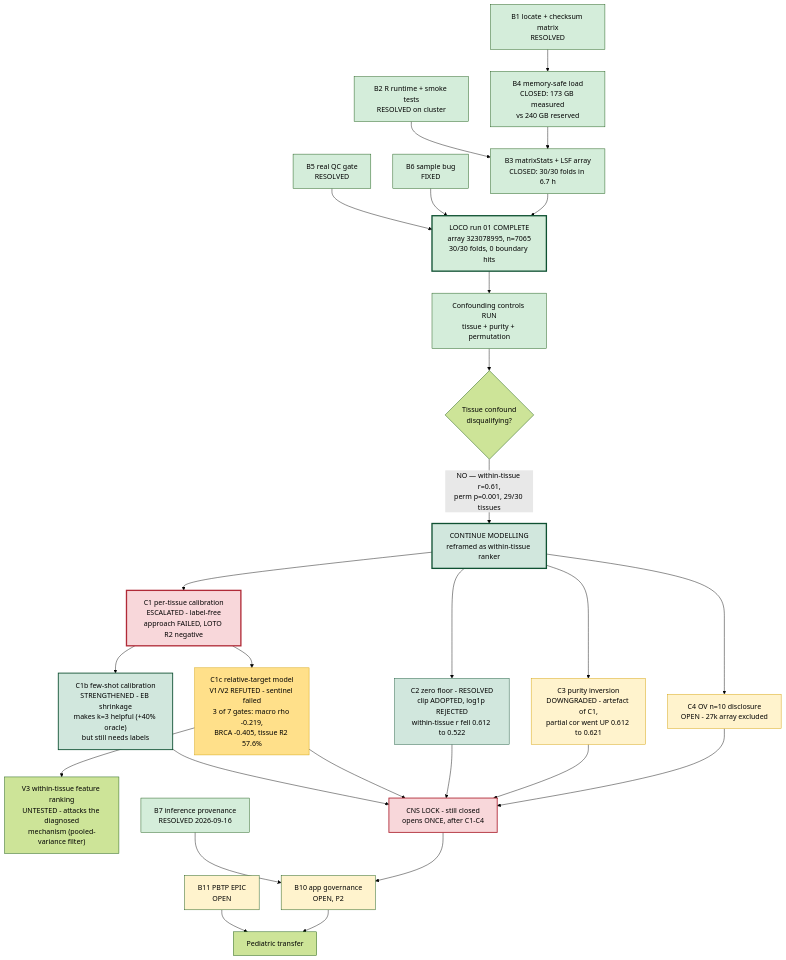
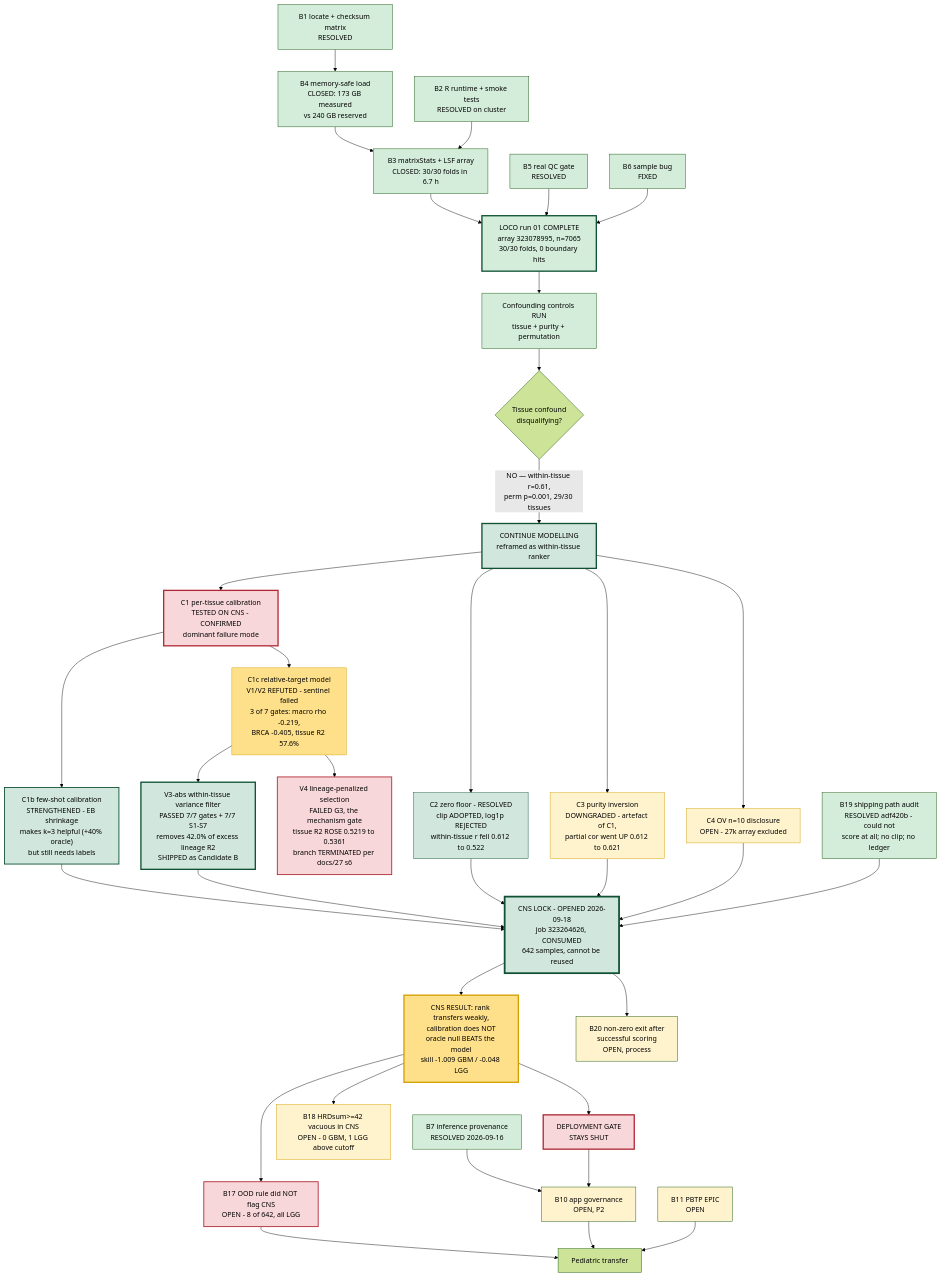
One commit to stjude-biohackathon/KIDS26-Team12 changed the diagram in docs/21_BLOCKER_RESOLUTION_PLAN.md. Above: the diagram before and after it, drawn with Mermaid (forest theme). The commit also changed other lines of this file and 1 other file, not shown here.

````diff
--- a/docs/21_BLOCKER_RESOLUTION_PLAN.md
+++ b/docs/21_BLOCKER_RESOLUTION_PLAN.md
@@ -640,53 +863,71 @@
 ```mermaid
 graph TD
     B1["B1 locate + checksum matrix<br/>RESOLVED"] --> B4["B4 memory-safe load<br/>CLOSED: 173 GB measured<br/>vs 240 GB reserved"]
     B2["B2 R runtime + smoke tests<br/>RESOLVED on cluster"] --> B3["B3 matrixStats + LSF array<br/>CLOSED: 30/30 folds in 6.7 h"]
     B4 --> B3
     B5["B5 real QC gate<br/>RESOLVED"] --> FIT
     B6["B6 sample bug<br/>FIXED"] --> FIT
     B3 --> FIT["LOCO run 01 COMPLETE<br/>array 323078995, n=7065<br/>30/30 folds, 0 boundary hits"]
     FIT --> CONF["Confounding controls RUN<br/>tissue + purity + permutation"]
     CONF --> VERDICT{"Tissue confound<br/>disqualifying?"}
     VERDICT -->|"NO — within-tissue r=0.61,<br/>perm p=0.001, 29/30 tissues"| CONTINUE["CONTINUE MODELLING<br/>reframed as within-tissue ranker"]
 
-    CONTINUE --> C1["C1 per-tissue calibration<br/>ESCALATED - label-free<br/>approach FAILED, LOTO R2 negative"]
+    CONTINUE --> C1["C1 per-tissue calibration<br/>TESTED ON CNS - CONFIRMED<br/>dominant failure mode"]
     CONTINUE --> C2["C2 zero floor - RESOLVED<br/>clip ADOPTED, log1p REJECTED<br/>within-tissue r fell 0.612 to 0.522"]
     CONTINUE --> C3["C3 purity inversion<br/>DOWNGRADED - artefact of C1,<br/>partial cor went UP 0.612 to 0.621"]
     CONTINUE --> C4["C4 OV n=10 disclosure<br/>OPEN - 27k array excluded"]
 
     C1 --> C1B["C1b few-shot calibration<br/>STRENGTHENED - EB shrinkage<br/>makes k=3 helpful (+40% oracle)<br/>but still needs labels"]
     C1 --> C1R["C1c relative-target model<br/>V1/V2 REFUTED - sentinel failed<br/>3 of 7 gates: macro rho -0.219,<br/>BRCA -0.405, tissue R2 57.6%"]
-    C1R --> V3["V3 within-tissue feature ranking<br/>UNTESTED - attacks the diagnosed<br/>mechanism (pooled-variance filter)"]
+    C1R --> V3["V3-abs within-tissue variance filter<br/>PASSED 7/7 gates + 7/7 S1-S7<br/>removes 42.0% of excess lineage R2<br/>SHIPPED as Candidate B"]
+    C1R --> V4["V4 lineage-penalized selection<br/>FAILED G3, the mechanism gate<br/>tissue R2 ROSE 0.5219 to 0.5361<br/>branch TERMINATED per docs/27 s6"]
 
+    V3 --> LOCK
     C1B --> LOCK
-    C1R --> LOCK
     C2 --> LOCK
     C3 --> LOCK
     C4 --> LOCK
-    LOCK["CNS LOCK - still closed<br/>opens ONCE, after C1-C4"]
+    LOCK["CNS LOCK - OPENED 2026-09-18<br/>job 323264626, CONSUMED<br/>642 samples, cannot be reused"]
+
+    LOCK --> CNS["CNS RESULT: rank transfers weakly,<br/>calibration does NOT<br/>oracle null BEATS the model<br/>skill -1.009 GBM / -0.048 LGG"]
+    CNS --> B17["B17 OOD rule did NOT flag CNS<br/>OPEN - 8 of 642, all LGG"]
+    CNS --> B18["B18 HRDsum>=42 vacuous in CNS<br/>OPEN - 0 GBM, 1 LGG above cutoff"]
+    CNS --> GATEA["DEPLOYMENT GATE<br/>STAYS SHUT"]
+
+    B19["B19 shipping path audit<br/>RESOLVED adf420b - could not<br/>score at all; no clip; no ledger"] --> LOCK
+    LOCK --> B20["B20 non-zero exit after<br/>successful scoring<br/>OPEN, process"]
 
     B7["B7 inference provenance<br/>RESOLVED 2026-09-16"] --> B10["B10 app governance<br/>OPEN, P2"]
-    LOCK --> B10
+    GATEA --> B10
     B11["B11 PBTP EPIC<br/>OPEN"] --> TRANSFER["Pediatric transfer"]
+    B17 --> TRANSFER
     B10 --> TRANSFER
 
     style B1 fill:#d4edda
     style B2 fill:#d4edda
     style B3 fill:#d4edda
     style B4 fill:#d4edda
     style B5 fill:#d4edda
     style B6 fill:#d4edda
     style B7 fill:#d4edda
     style FIT fill:#d4edda,stroke:#0f5132,stroke-width:3px
     style CONF fill:#d4edda
     style CONTINUE fill:#d1e7dd,stroke:#0f5132,stroke-width:3px
     style C1 fill:#f8d7da,stroke:#b02a37,stroke-width:3px
     style C2 fill:#d1e7dd,stroke:#0f5132
     style C3 fill:#fff3cd,stroke:#d39e00
     style C4 fill:#fff3cd,stroke:#d39e00
     style C1B fill:#d1e7dd,stroke:#0f5132,stroke-width:2px
     style C1R fill:#ffe08a,stroke:#d39e00
-    style LOCK fill:#f8d7da,stroke:#b02a37,stroke-width:2px
+    style V3 fill:#d1e7dd,stroke:#0f5132,stroke-width:3px
+    style V4 fill:#f8d7da,stroke:#b02a37,stroke-width:2px
+    style LOCK fill:#d1e7dd,stroke:#0f5132,stroke-width:4px
+    style CNS fill:#ffe08a,stroke:#d39e00,stroke-width:3px
+    style GATEA fill:#f8d7da,stroke:#b02a37,stroke-width:3px
+    style B17 fill:#f8d7da,stroke:#b02a37,stroke-width:2px
+    style B18 fill:#fff3cd,stroke:#d39e00
+    style B19 fill:#d4edda
+    style B20 fill:#fff3cd
     style B10 fill:#fff3cd
     style B11 fill:#fff3cd
 ```
````
